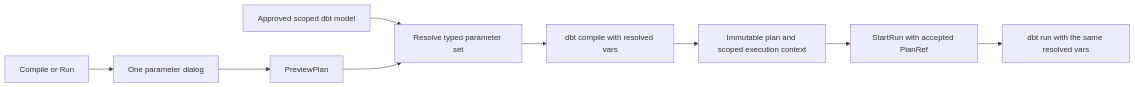
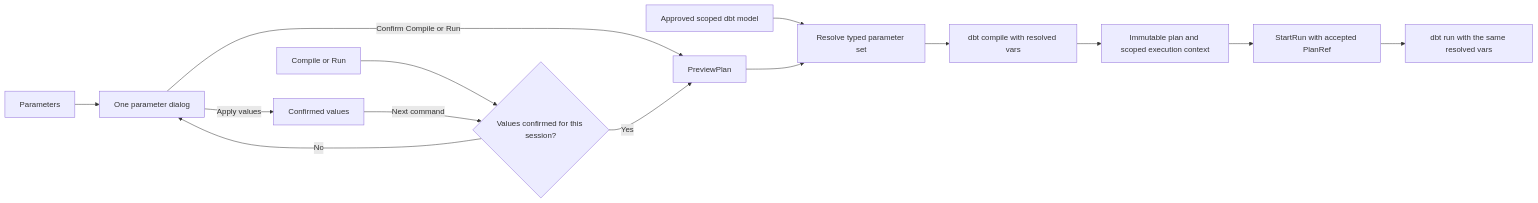
One commit to dunay2/dvt changed the second of 2 diagrams in docs/adr/ADR-0071-typed-parameters-for-model-execution.md. Above: the diagram before and after it, drawn with Mermaid. The commit also changed other lines of this file and 879 other files, not shown here.

````diff
--- a/docs/adr/ADR-0071-typed-parameters-for-model-execution.md
+++ b/docs/adr/ADR-0071-typed-parameters-for-model-execution.md
@@ -43,11 +51,16 @@
 ```mermaid
 flowchart LR
   Model[Approved scoped dbt model] --> Resolve[Resolve typed parameter set]
-  Buttons[Compile or Run] --> Form[One parameter dialog]
-  Form --> Preview[PreviewPlan]
+  Parameters[Parameters] --> Form[One parameter dialog]
+  Buttons[Compile or Run] --> Values{Values confirmed for this session?}
+  Values -->|No| Form
+  Form -->|Apply values| Confirmed[Confirmed values]
+  Confirmed -->|Next command| Values
+  Form -->|Confirm Compile or Run| Preview[PreviewPlan]
+  Values -->|Yes| Preview
   Preview --> Resolve
   Resolve --> Compile[dbt compile with resolved vars]
   Compile --> Plan[Immutable plan and scoped execution context]
   Plan --> Run[StartRun with accepted PlanRef]
   Run --> Worker[dbt run with the same resolved vars]
 ```
````
